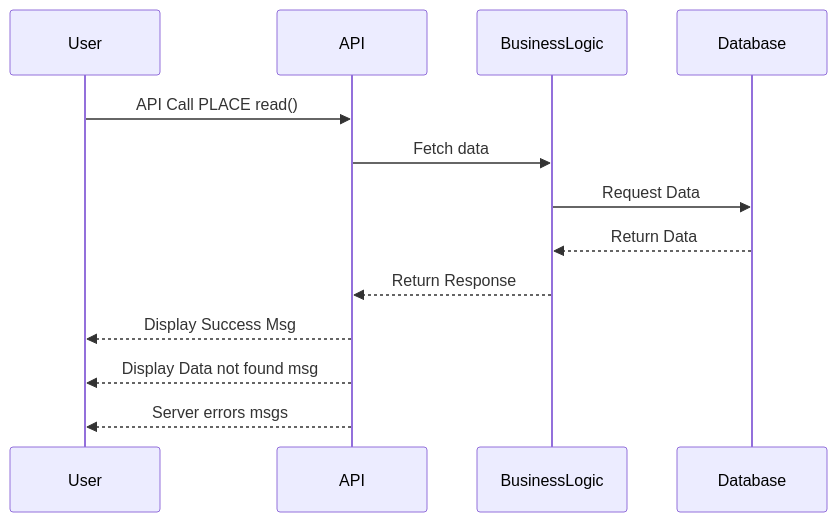
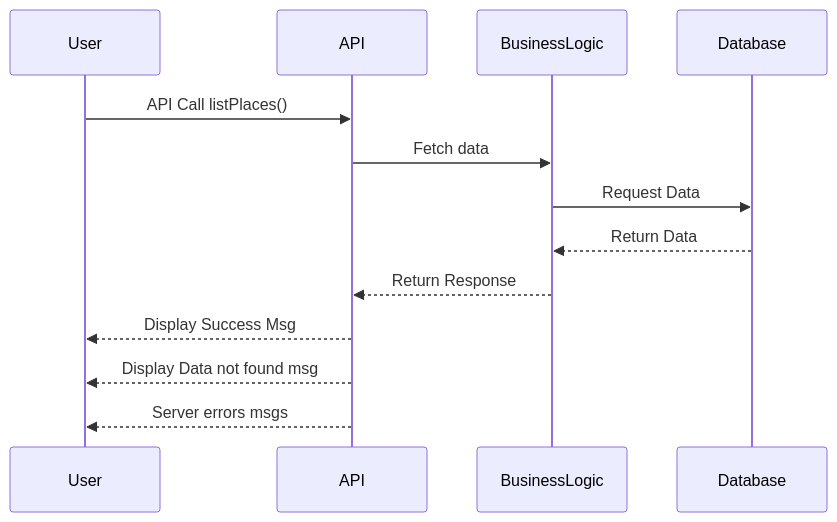
Before and after one commit to JulieRaph/holbertonschool-hbnb: the fourth of 4 diagrams in part_1/sequence_diagrams.md, drawn with Mermaid.

Commit message:
Fetching a List of Places diag

````diff
--- a/part_1/sequence_diagrams.md
+++ b/part_1/sequence_diagrams.md
@@ -66,16 +66,16 @@
 ```mermaid
 sequenceDiagram
 participant User
 participant API
 participant BusinessLogic
 participant Database
 
-User->>API: API Call PLACE read()
+User->>API: API Call listPlaces()
 API->>BusinessLogic: Fetch data
 BusinessLogic->>Database: Request Data
 Database-->>BusinessLogic: Return Data
 BusinessLogic-->>API: Return Response
 API-->>User: Display Success Msg
 API-->>User: Display Data not found msg
 API-->>User: Server errors msgs
 ```
````
